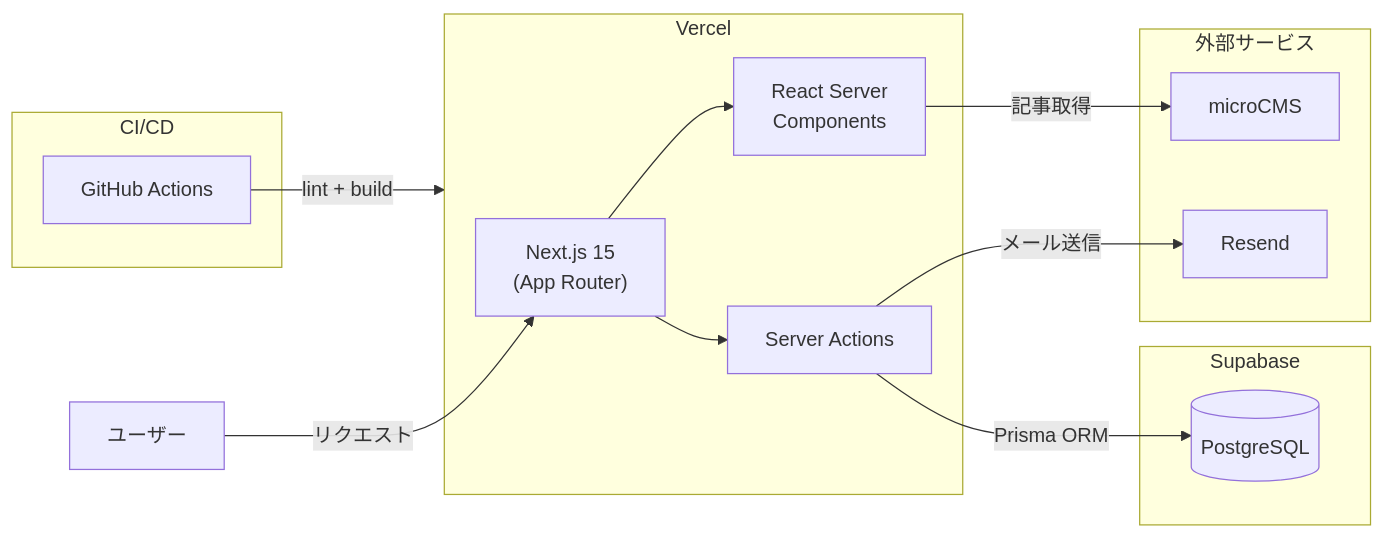
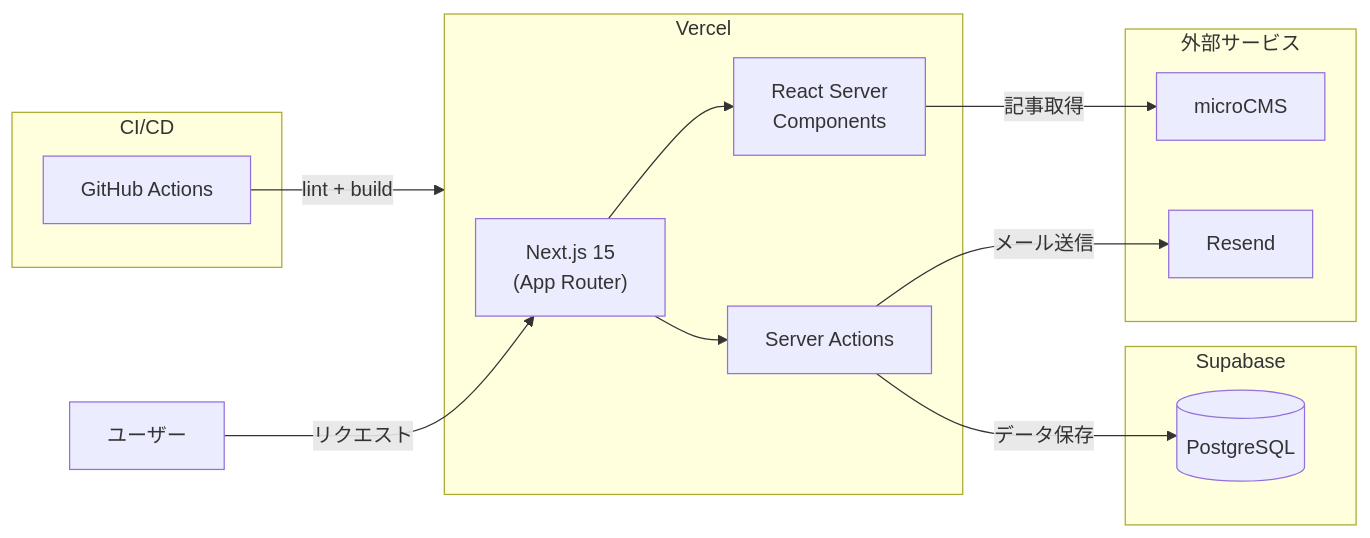
Before and after one commit to hy-tanebi/corporate-app: the first of 2 diagrams in README.md, drawn with Mermaid. The commit also changed other lines of this file, not shown here.

````diff
--- a/README.md
+++ b/README.md
@@ -188,31 +176,31 @@
 ```mermaid
 graph LR
     User["ユーザー"]
 
     subgraph Vercel["Vercel"]
         NextJS["Next.js 15<br/>(App Router)"]
         RSC["React Server<br/>Components"]
         SA["Server Actions"]
     end
 
     subgraph External["外部サービス"]
         microCMS["microCMS"]
         Resend["Resend"]
     end
 
     subgraph Supabase["Supabase"]
         PostgreSQL[("PostgreSQL")]
     end
 
     subgraph CI["CI/CD"]
         GHA["GitHub Actions"]
     end
 
     User -->|"リクエスト"| NextJS
     NextJS --> RSC
     NextJS --> SA
     RSC -->|"記事取得"| microCMS
     SA -->|"メール送信"| Resend
-    SA -->|"Prisma ORM"| PostgreSQL
+    SA -->|"データ保存"| PostgreSQL
     GHA -->|"lint + build"| Vercel
 ```
````
